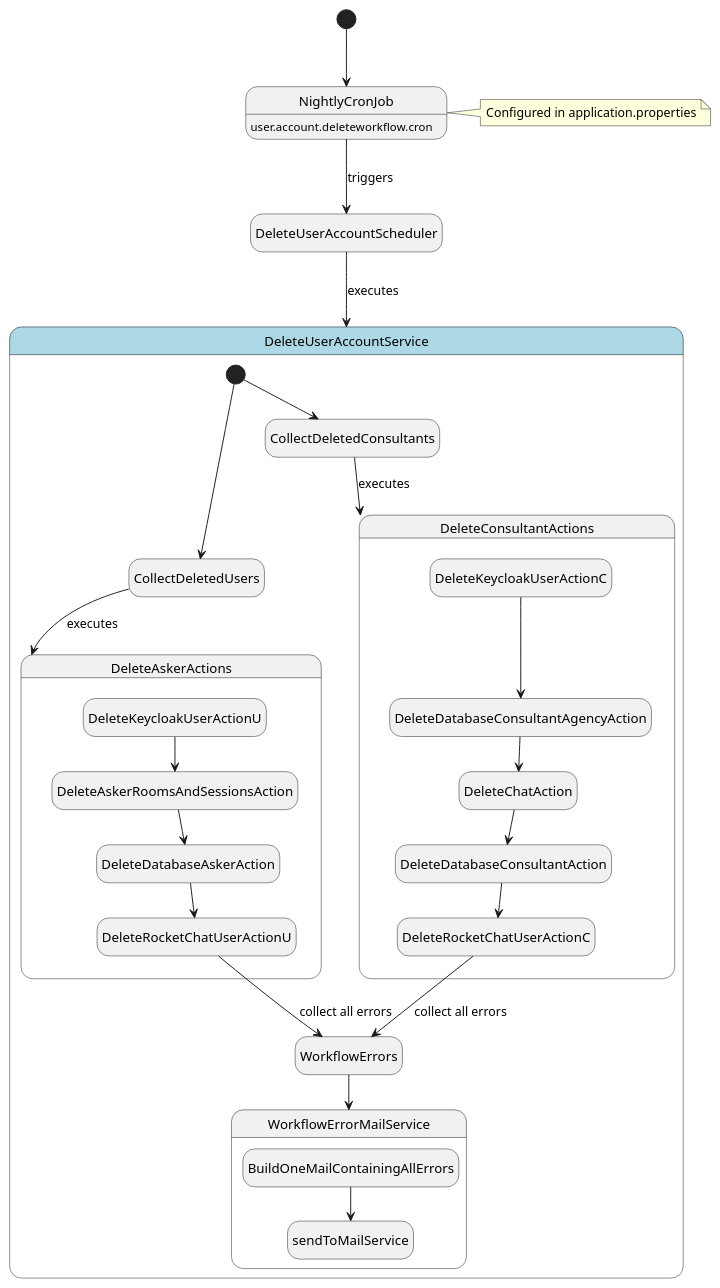
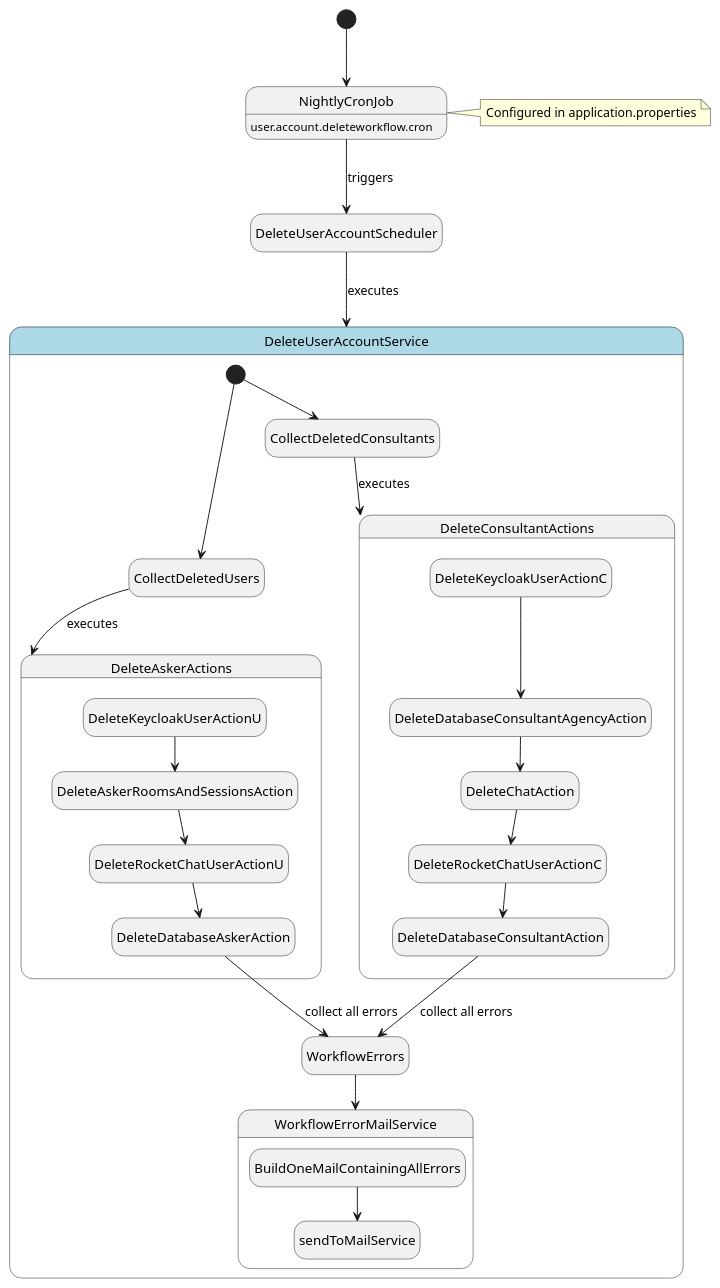
Before and after one commit to Onlineberatung/onlineBeratung-userService: the diagram in Dokumenation/User_Account_Deletion_Workflow.puml, drawn with PlantUML. The commit also changed 8 other files, not shown here.

Commit message:
fix: correct delete action order

```diff
--- a/Dokumenation/User_Account_Deletion_Workflow.puml
+++ b/Dokumenation/User_Account_Deletion_Workflow.puml
@@ -3,38 +3,38 @@
 @startuml
 hide empty description
 
 [*] --> NightlyCronJob
 NightlyCronJob : user.account.deleteworkflow.cron
 NightlyCronJob --> DeleteUserAccountScheduler : triggers
 
 note right of NightlyCronJob : Configured in application.properties
 
 DeleteUserAccountScheduler --> DeleteUserAccountService : executes
 
 state DeleteUserAccountService #lightblue {
   [*] --> CollectDeletedUsers
   CollectDeletedUsers --> DeleteAskerActions : executes
   [*] --> CollectDeletedConsultants
   CollectDeletedConsultants --> DeleteConsultantActions : executes
   WorkflowErrors --> WorkflowErrorMailService
 
   state DeleteAskerActions {
     DeleteKeycloakUserActionU --> DeleteAskerRoomsAndSessionsAction
-    DeleteAskerRoomsAndSessionsAction --> DeleteDatabaseAskerAction
-    DeleteDatabaseAskerAction --> DeleteRocketChatUserActionU
-    DeleteRocketChatUserActionU --> WorkflowErrors : collect all errors
+    DeleteAskerRoomsAndSessionsAction --> DeleteRocketChatUserActionU
+    DeleteRocketChatUserActionU --> DeleteDatabaseAskerAction
+    DeleteDatabaseAskerAction --> WorkflowErrors : collect all errors
   }
 
   state DeleteConsultantActions {
       DeleteKeycloakUserActionC --> DeleteDatabaseConsultantAgencyAction
       DeleteDatabaseConsultantAgencyAction --> DeleteChatAction
-      DeleteChatAction --> DeleteDatabaseConsultantAction
-      DeleteDatabaseConsultantAction --> DeleteRocketChatUserActionC
-      DeleteRocketChatUserActionC --> WorkflowErrors : collect all errors
+      DeleteChatAction --> DeleteRocketChatUserActionC
+      DeleteRocketChatUserActionC --> DeleteDatabaseConsultantAction
+      DeleteDatabaseConsultantAction  --> WorkflowErrors : collect all errors
   }
 }
 
 state WorkflowErrorMailService {
   BuildOneMailContainingAllErrors --> sendToMailService
 }
 @enduml
```
